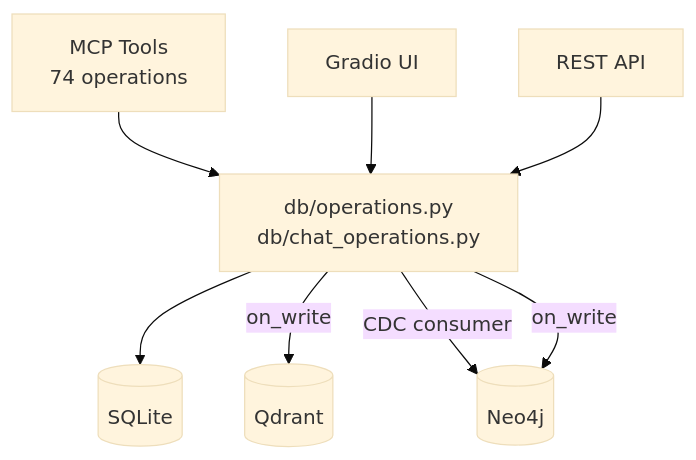
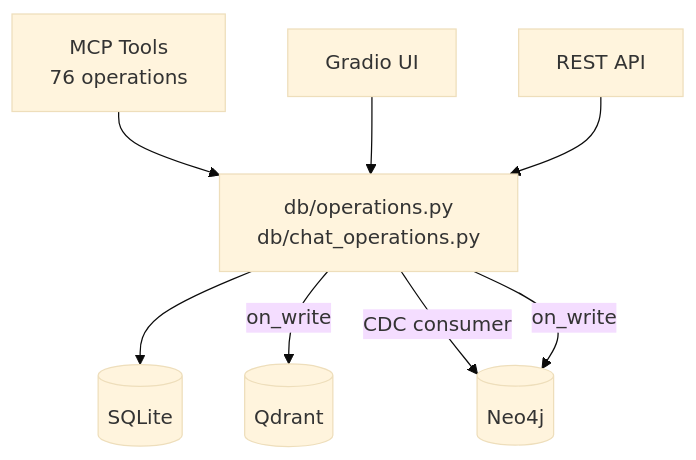
One commit to janat-llc/janatpmp changed the second of 2 diagrams in README.md. Above: the diagram before and after it, drawn with Mermaid (base theme). The commit also changed other lines of this file and 9 other files, not shown here.

````diff
--- a/README.md
+++ b/README.md
@@ -42,10 +42,10 @@
 ```mermaid
 graph TB
-    MCP[MCP Tools<br/>74 operations] --> DB[db/operations.py<br/>db/chat_operations.py]
+    MCP[MCP Tools<br/>76 operations] --> DB[db/operations.py<br/>db/chat_operations.py]
     UI[Gradio UI] --> DB
     API[REST API] --> DB
     DB --> SQLite[(SQLite)]
     DB -->|on_write| Qdrant[(Qdrant)]
     DB -->|CDC consumer| Neo4j[(Neo4j)]
     DB -->|on_write| Neo4j
 ```
````
